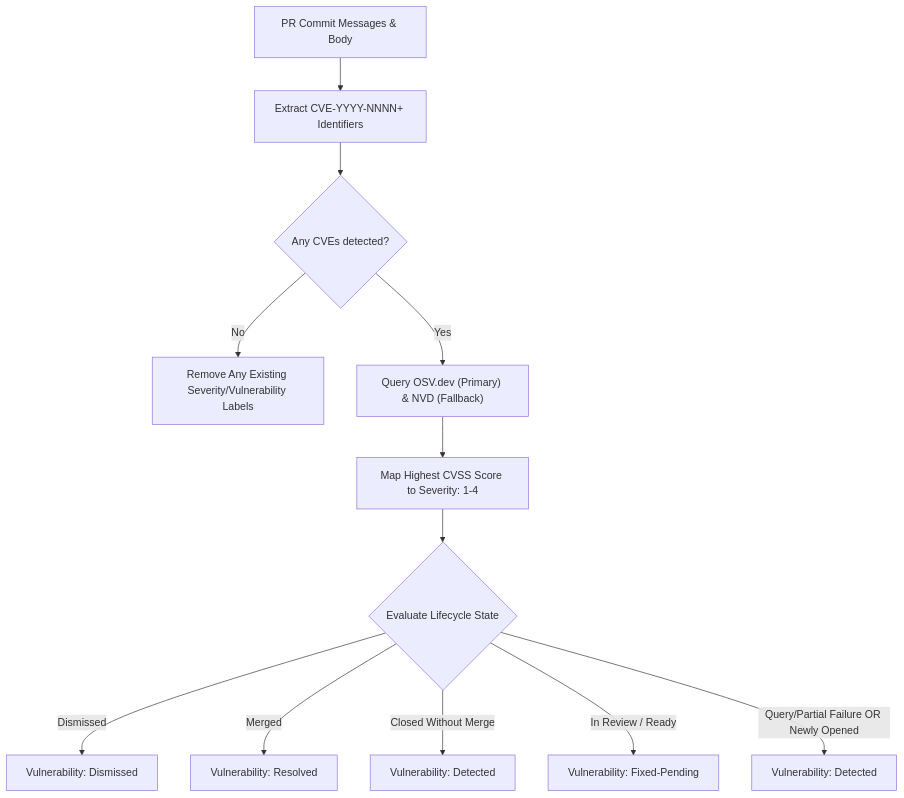
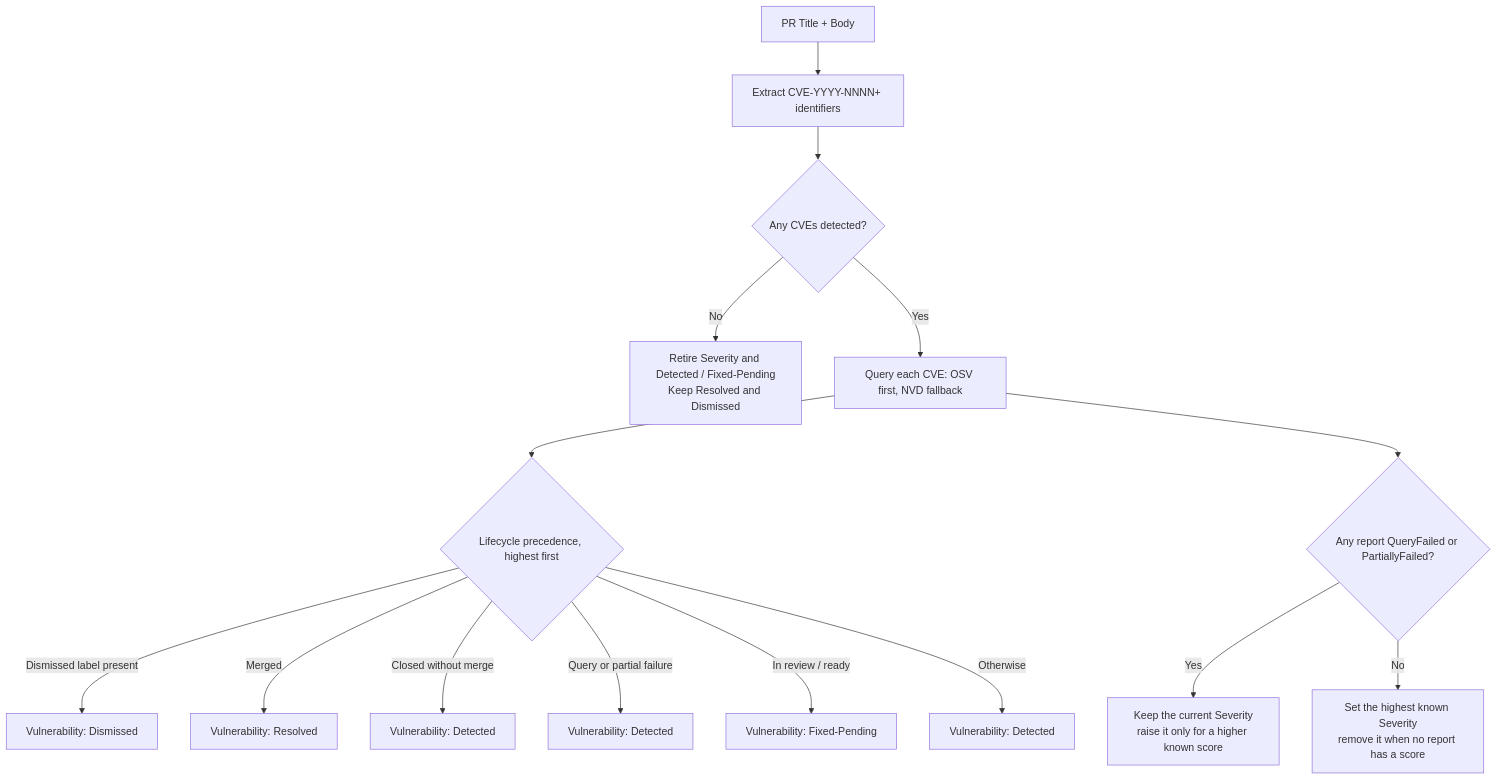
Before and after one commit to openRuyi-Project/abaci-bot: the diagram in docs/modules/vulnerability.md, drawn with Mermaid. The commit also changed other lines of this file and 3 other files, not shown here.

````diff
--- a/docs/modules/vulnerability.md
+++ b/docs/modules/vulnerability.md
@@ -18,14 +18,17 @@
 ```mermaid
 flowchart TD
-    PR["PR Commit Messages & Body"] --> Regex["Extract CVE-YYYY-NNNN+ Identifiers"]
+    PR["PR Title + Body"] --> Regex["Extract CVE-YYYY-NNNN+ identifiers"]
     Regex --> Found{"Any CVEs detected?"}
-    Found -- No --> Strip["Remove Any Existing Severity/Vulnerability Labels"]
-    Found -- Yes --> Query["Query OSV.dev (Primary) & NVD (Fallback)"]
-    Query --> Sev["Map Highest CVSS Score to Severity: 1-4"]
-    Sev --> State{"Evaluate Lifecycle State"}
-    State -- Dismissed --> VDis["Vulnerability: Dismissed"]
-    State -- Merged --> VRes["Vulnerability: Resolved"]
-    State -- Closed Without Merge --> VDet["Vulnerability: Detected"]
-    State -- In Review / Ready --> VFix["Vulnerability: Fixed-Pending"]
-    State -- Query/Partial Failure OR Newly Opened --> VDet2["Vulnerability: Detected"]
+    Found -- No --> Retire["Retire Severity and Detected / Fixed-Pending<br/>Keep Resolved and Dismissed"]
+    Found -- Yes --> Query["Query each CVE: OSV first, NVD fallback"]
+    Query --> Lifecycle{"Lifecycle precedence, highest first"}
+    Lifecycle -- "Dismissed label present" --> VDis["Vulnerability: Dismissed"]
+    Lifecycle -- Merged --> VRes["Vulnerability: Resolved"]
+    Lifecycle -- "Closed without merge" --> VDet["Vulnerability: Detected"]
+    Lifecycle -- "Query or partial failure" --> VDet2["Vulnerability: Detected"]
+    Lifecycle -- "In review / ready" --> VFix["Vulnerability: Fixed-Pending"]
+    Lifecycle -- Otherwise --> VDet3["Vulnerability: Detected"]
+    Query --> LookupFailed{"Any report QueryFailed or PartiallyFailed?"}
+    LookupFailed -- Yes --> KeepSev["Keep the current Severity<br/>raise it only for a higher known score"]
+    LookupFailed -- No --> SetSev["Set the highest known Severity<br/>remove it when no report has a score"]
 ```
````
